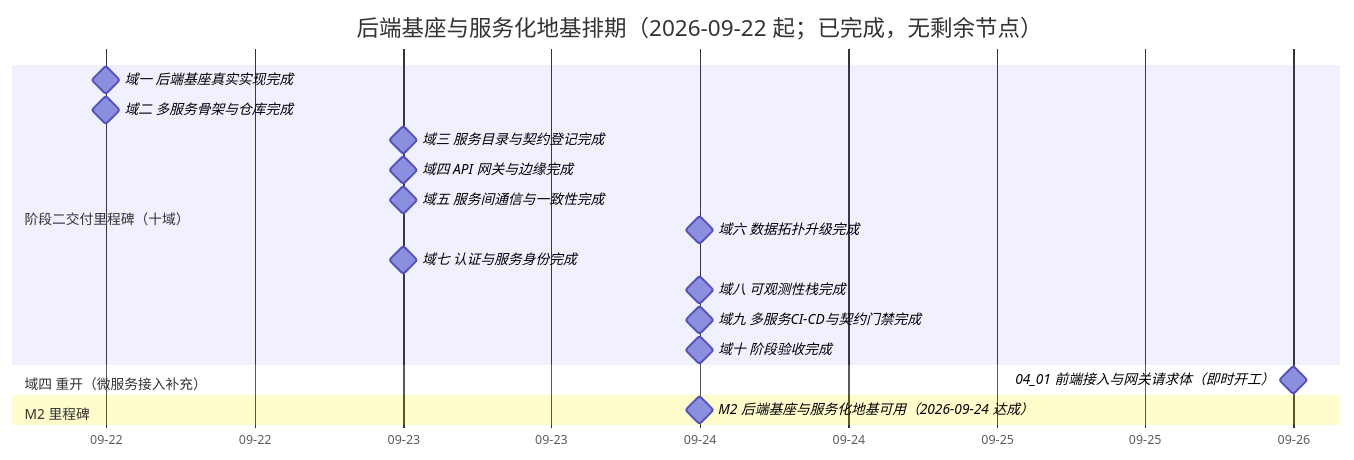
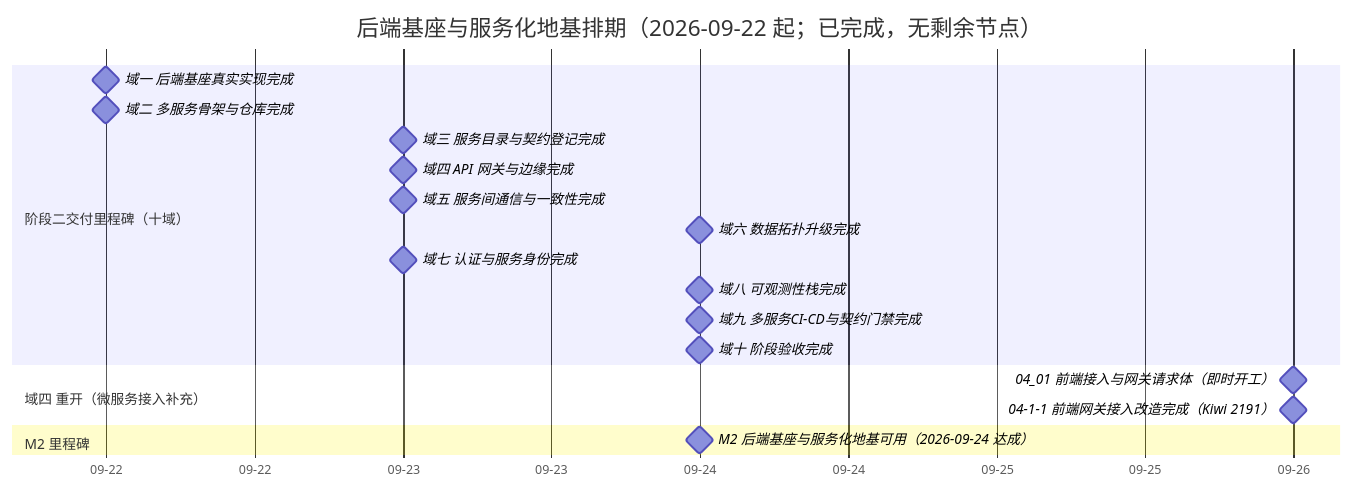
One commit to minjian123/basic-management-system changed the diagram in bms文档/项目/02_后端基座与服务化地基/计划/01_计划_后端基座与服务化地基.md. Above: the diagram before and after it, drawn with Mermaid. The commit also changed other lines of this file and 6 other files, not shown here.

````diff
--- a/bms文档/项目/02_后端基座与服务化地基/计划/01_计划_后端基座与服务化地基.md
+++ b/bms文档/项目/02_后端基座与服务化地基/计划/01_计划_后端基座与服务化地基.md
@@ -61,21 +61,22 @@
 ```mermaid
 gantt
     title 后端基座与服务化地基排期（2026-09-22 起；已完成，无剩余节点）
     dateFormat  YYYY-MM-DD
     axisFormat %m-%d
     section 阶段二交付里程碑（十域）
     域一 后端基座真实实现完成 :milestone, m01, 2026-09-22, 0d
     域二 多服务骨架与仓库完成 :milestone, m02, 2026-09-22, 0d
     域三 服务目录与契约登记完成 :milestone, m03, 2026-09-23, 0d
     域四 API 网关与边缘完成 :milestone, m04, 2026-09-23, 0d
     域五 服务间通信与一致性完成 :milestone, m05, 2026-09-23, 0d
     域六 数据拓扑升级完成 :milestone, m06, 2026-09-24, 0d
     域七 认证与服务身份完成 :milestone, m07, 2026-09-23, 0d
     域八 可观测性栈完成 :milestone, m08, 2026-09-24, 0d
     域九 多服务CI-CD与契约门禁完成 :milestone, m09, 2026-09-24, 0d
     域十 阶段验收完成 :milestone, m10, 2026-09-24, 0d
     section 域四 重开（微服务接入补充）
     04_01 前端接入与网关请求体（即时开工） :milestone, m0401x, 2026-09-26, 0d
+    04-1-1 前端网关接入改造完成（Kiwi 2191） :milestone, m0401a, 2026-09-26, 0d
     section M2 里程碑
     M2 后端基座与服务化地基可用（2026-09-24 达成） :milestone, mm2, 2026-09-24, 0d
 ```
````
